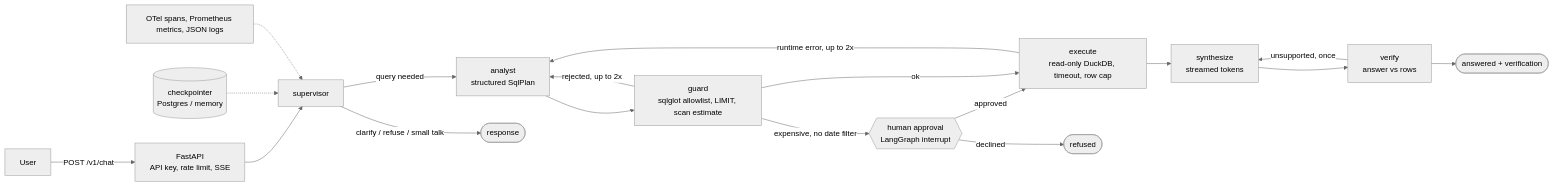
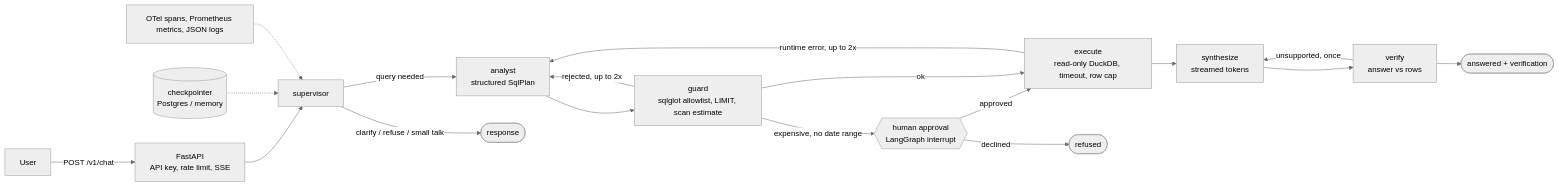
Before and after one commit to Tajaddin/agent-platform-evals: the diagram in README.md, drawn with Mermaid (neutral theme). The commit also changed 6 other files, not shown here.

First line of the commit message:
Close approval-gate bypasses: vacuous date filters and cross joins

````diff
--- a/README.md
+++ b/README.md
@@ -13,20 +13,20 @@
 ```mermaid
 flowchart LR
     U[User] -->|POST /v1/chat| API[FastAPI<br/>API key, rate limit, SSE]
     API --> S[supervisor]
     S -->|query needed| A[analyst<br/>structured SqlPlan]
     S -->|clarify / refuse / small talk| END1([response])
     A --> G[guard<br/>sqlglot allowlist, LIMIT, scan estimate]
     G -->|rejected, up to 2x| A
-    G -->|expensive, no date filter| H{{human approval<br/>LangGraph interrupt}}
+    G -->|expensive, no date range| H{{human approval<br/>LangGraph interrupt}}
     H -->|approved| X
     H -->|declined| END2([refused])
     G -->|ok| X[execute<br/>read-only DuckDB, timeout, row cap]
     X -->|runtime error, up to 2x| A
     X --> Y[synthesize<br/>streamed tokens]
     Y --> V[verify<br/>answer vs rows]
     V -->|unsupported, once| Y
     V --> END3([answered + verification])
     CP[(checkpointer<br/>Postgres / memory)] -.-> S
     OT[OTel spans, Prometheus metrics, JSON logs] -.-> S
 ```
````
